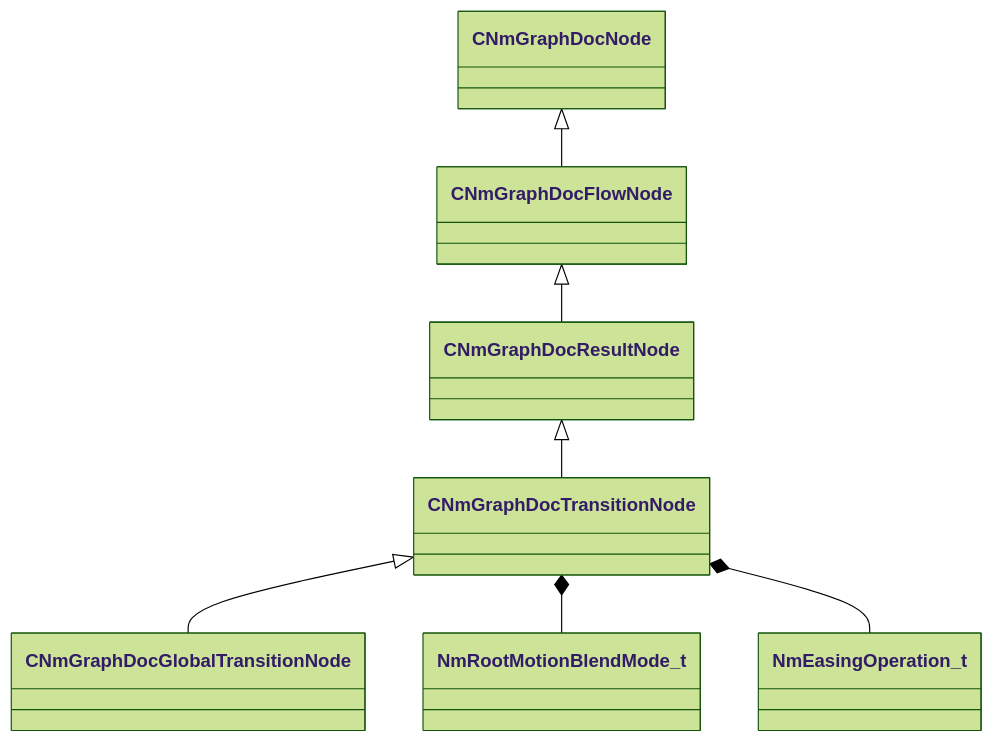
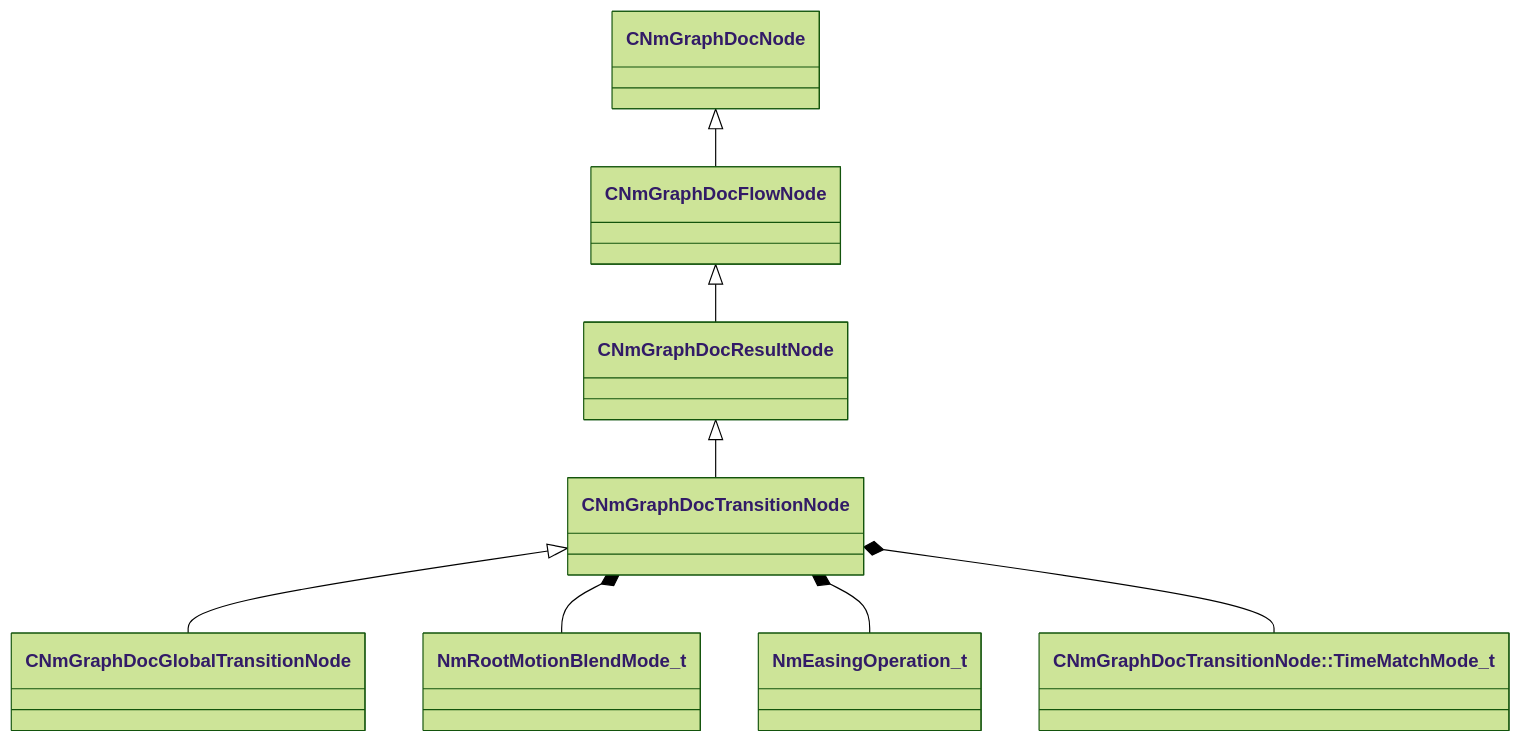
The diagram in docs/generated/schemas/animdoclib/CNmGraphDocTransitionNode.md (CS2OpenDev/CS2OpenDev-Docs), drawn with Mermaid (forest theme) before and after one commit. The commit also changed other lines of this file and 4525 other files, not shown here.

````diff
--- a/docs/generated/schemas/animdoclib/CNmGraphDocTransitionNode.md
+++ b/docs/generated/schemas/animdoclib/CNmGraphDocTransitionNode.md
@@ -19,9 +21,10 @@
 ```mermaid
 classDiagram
     CNmGraphDocResultNode <|-- CNmGraphDocTransitionNode
     CNmGraphDocFlowNode <|-- CNmGraphDocResultNode
     CNmGraphDocNode <|-- CNmGraphDocFlowNode
     CNmGraphDocTransitionNode <|-- CNmGraphDocGlobalTransitionNode
     CNmGraphDocTransitionNode *-- NmRootMotionBlendMode_t
     CNmGraphDocTransitionNode *-- NmEasingOperation_t
+    CNmGraphDocTransitionNode *-- `CNmGraphDocTransitionNode::TimeMatchMode_t`
 ```
````
